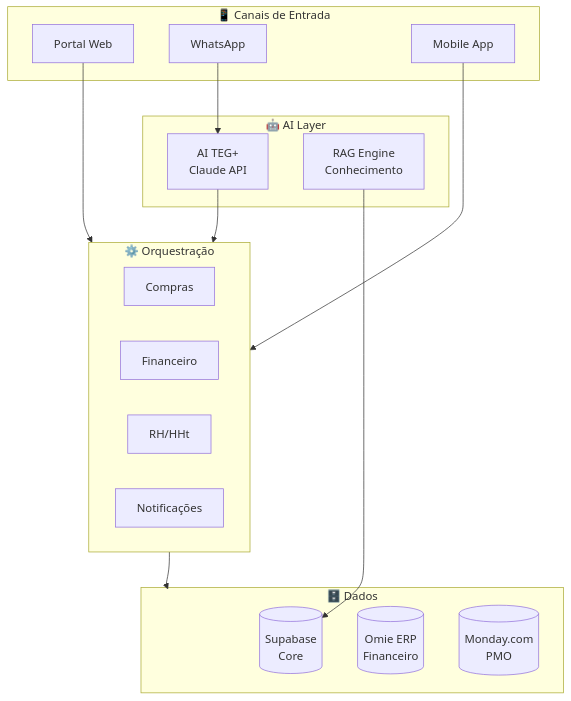
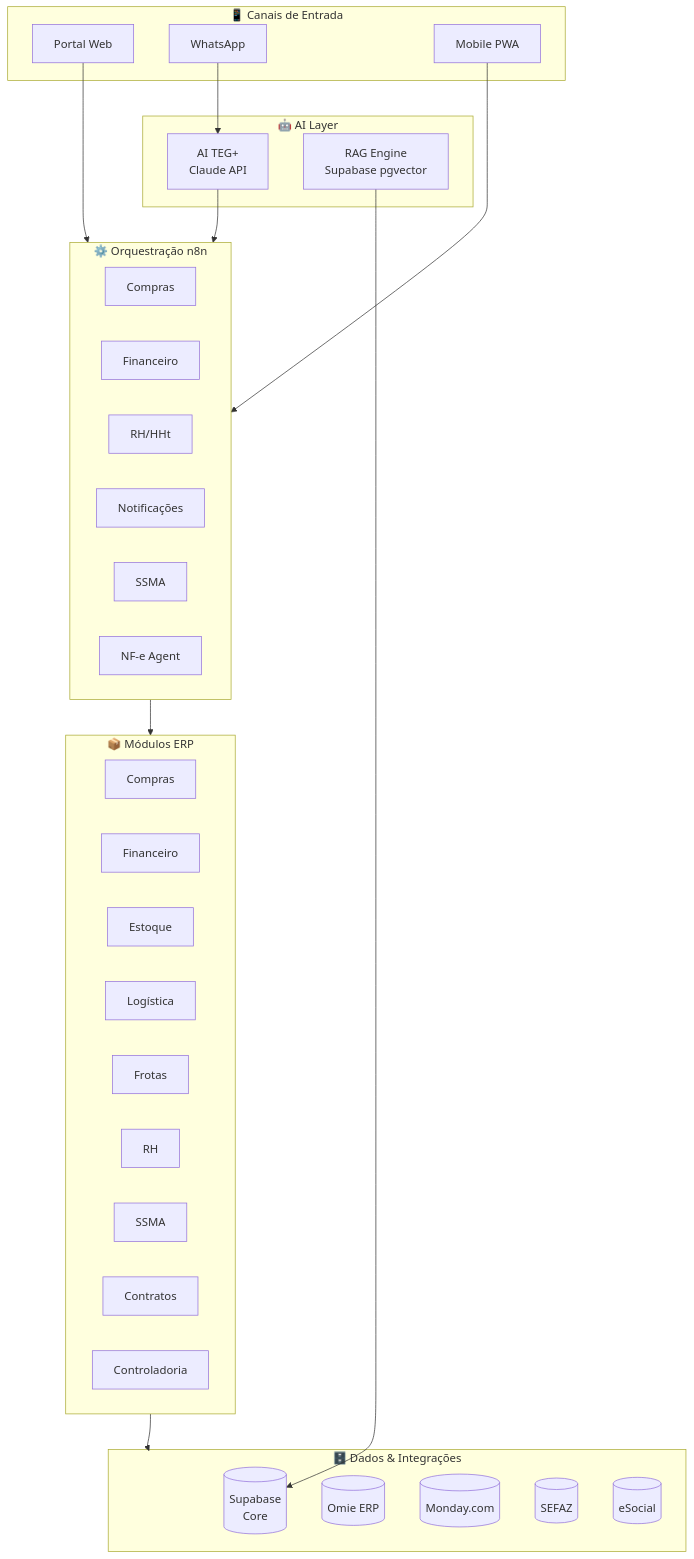
One commit to leandroteg/teg-plus changed the second of 3 diagrams in docs/obsidian/17 - Roadmap.md. Above: the diagram before and after it, drawn with Mermaid. The commit also changed other lines of this file and 72 other files, not shown here.

First line of the commit message:
docs+fix: dashboards BI-style, roadmap, tarefas e minor code fixes

````diff
--- a/docs/obsidian/17 - Roadmap.md
+++ b/docs/obsidian/17 - Roadmap.md
@@ -192,33 +230,50 @@
 ```mermaid
 graph TD
     subgraph CANAIS["📱 Canais de Entrada"]
         WEB[Portal Web]
         WA[WhatsApp]
-        MOB[Mobile App]
+        MOB[Mobile PWA]
     end
 
     subgraph AI["🤖 AI Layer"]
-        AGENT[AI TEG+\nClaude API]
-        RAG[RAG Engine\nConhecimento]
+        AGENT[AI TEG+<br>Claude API]
+        RAG[RAG Engine<br>Supabase pgvector]
     end
 
-    subgraph N8N["⚙️ Orquestração"]
+    subgraph N8N["⚙️ Orquestração n8n"]
         COMP[Compras]
         FIN[Financeiro]
-        RH[RH/HHt]
+        RH_N[RH/HHt]
         NOTIF[Notificações]
+        SSMA_N[SSMA]
+        NFE[NF-e Agent]
     end
 
-    subgraph DATA["🗄️ Dados"]
-        SUPA[(Supabase\nCore)]
-        OMIE[(Omie ERP\nFinanceiro)]
-        MON[(Monday.com\nPMO)]
+    subgraph MODULOS["📦 Módulos ERP"]
+        M1[Compras]
+        M2[Financeiro]
+        M3[Estoque]
+        M4[Logística]
+        M5[Frotas]
+        M6[RH]
+        M7[SSMA]
+        M8[Contratos]
+        M9[Controladoria]
+    end
+
+    subgraph DATA["🗄️ Dados & Integrações"]
+        SUPA[(Supabase<br>Core)]
+        OMIE[(Omie ERP)]
+        MON[(Monday.com)]
+        SEFAZ[(SEFAZ)]
+        ESOCIAL[(eSocial)]
     end
 
     WEB --> N8N
     WA --> AGENT
     MOB --> N8N
     AGENT --> N8N
-    N8N --> DATA
+    N8N --> MODULOS
+    MODULOS --> DATA
     RAG --> SUPA
 ```
````
